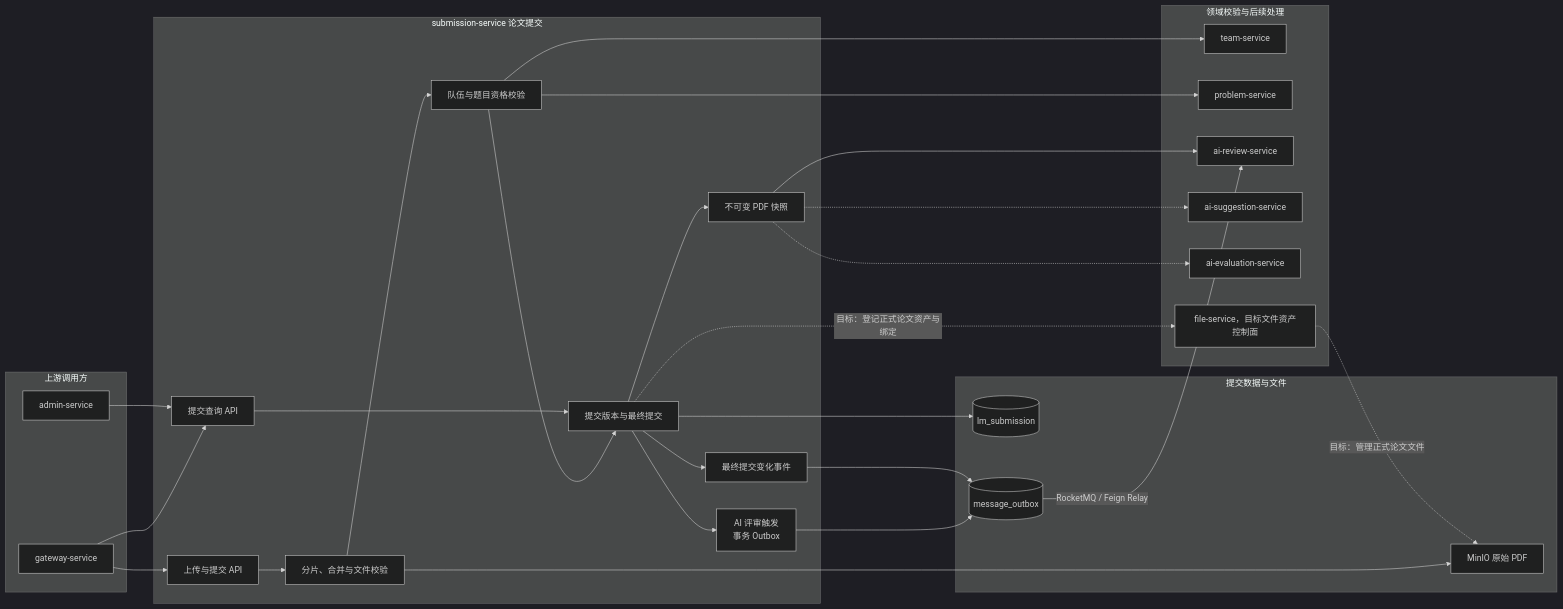
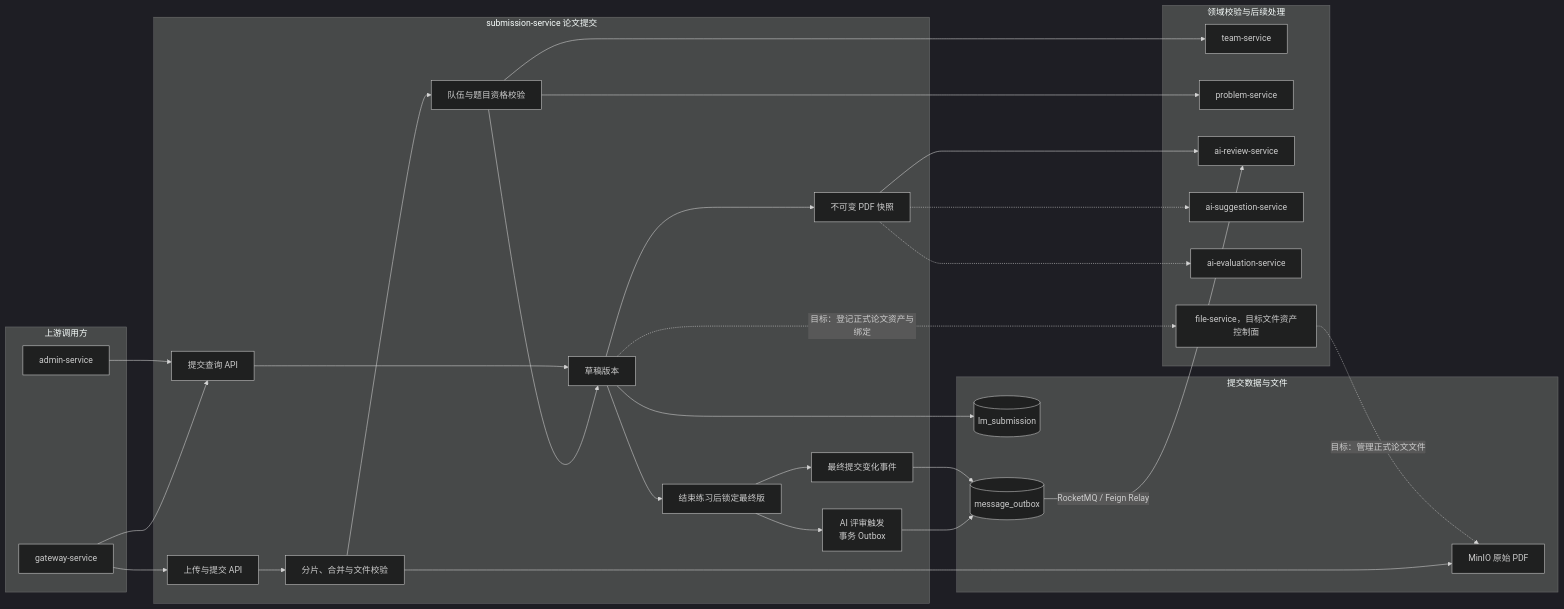
One commit to Dorian7Alden/LeetModel changed the diagram in docs/project/03-微服务设计/submission-service/README.md. Above: the diagram before and after it, drawn with Mermaid (dark theme). The commit also changed other lines of this file and 6 other files, not shown here.

````diff
--- a/docs/project/03-微服务设计/submission-service/README.md
+++ b/docs/project/03-微服务设计/submission-service/README.md
@@ -9,57 +9,59 @@
 ```mermaid
 flowchart LR
     subgraph callers["上游调用方"]
         apiGateway["gateway-service"]
         adminService["admin-service"]
     end
 
     subgraph submission["submission-service 论文提交"]
         submitApi["上传与提交 API"]
         queryApi["提交查询 API"]
         uploadTask["分片、合并与文件校验"]
         eligibility["队伍与题目资格校验"]
-        versionRecord["提交版本与最终提交"]
+        versionRecord["草稿版本"]
+        finalization["结束练习后锁定最终版"]
         snapshotApi["不可变 PDF 快照"]
         reviewTrigger["AI 评审触发<br/>事务 Outbox"]
         finalEvent["最终提交变化事件"]
 
         submitApi --> uploadTask
         uploadTask --> eligibility
         eligibility --> versionRecord
         versionRecord --> snapshotApi
-        versionRecord --> reviewTrigger
-        versionRecord --> finalEvent
+        versionRecord --> finalization
+        finalization --> reviewTrigger
+        finalization --> finalEvent
         queryApi --> versionRecord
     end
 
     subgraph dependencies["领域校验与后续处理"]
         teamService["team-service"]
         problemService["problem-service"]
         reviewService["ai-review-service"]
         suggestionService["ai-suggestion-service"]
         evaluationService["ai-evaluation-service"]
         fileService["file-service，目标文件资产控制面"]
     end
 
     subgraph data["提交数据与文件"]
         submissionDatabase[(lm_submission)]
         messageOutbox[(message_outbox)]
         minio["MinIO 原始 PDF"]
     end
 
     apiGateway --> submitApi
     apiGateway --> queryApi
     adminService --> queryApi
     eligibility --> teamService
     eligibility --> problemService
     uploadTask --> minio
     versionRecord -. "目标：登记正式论文资产与绑定" .-> fileService
     fileService -. "目标：管理正式论文文件" .-> minio
     versionRecord --> submissionDatabase
     reviewTrigger --> messageOutbox
     messageOutbox -->|"RocketMQ / Feign Relay"| reviewService
     finalEvent --> messageOutbox
     snapshotApi --> reviewService
     snapshotApi -.-> suggestionService
     snapshotApi -.-> evaluationService
 ```
````
